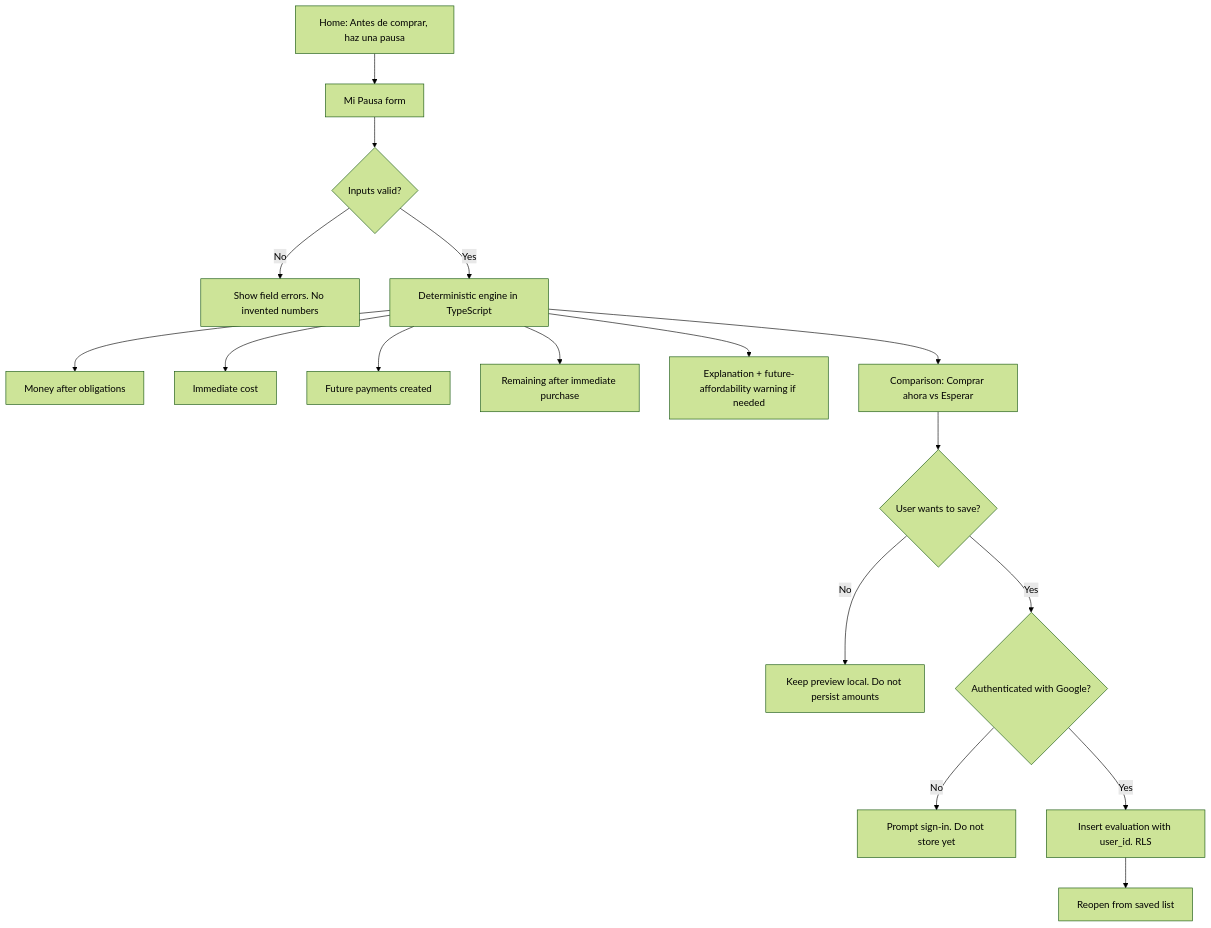
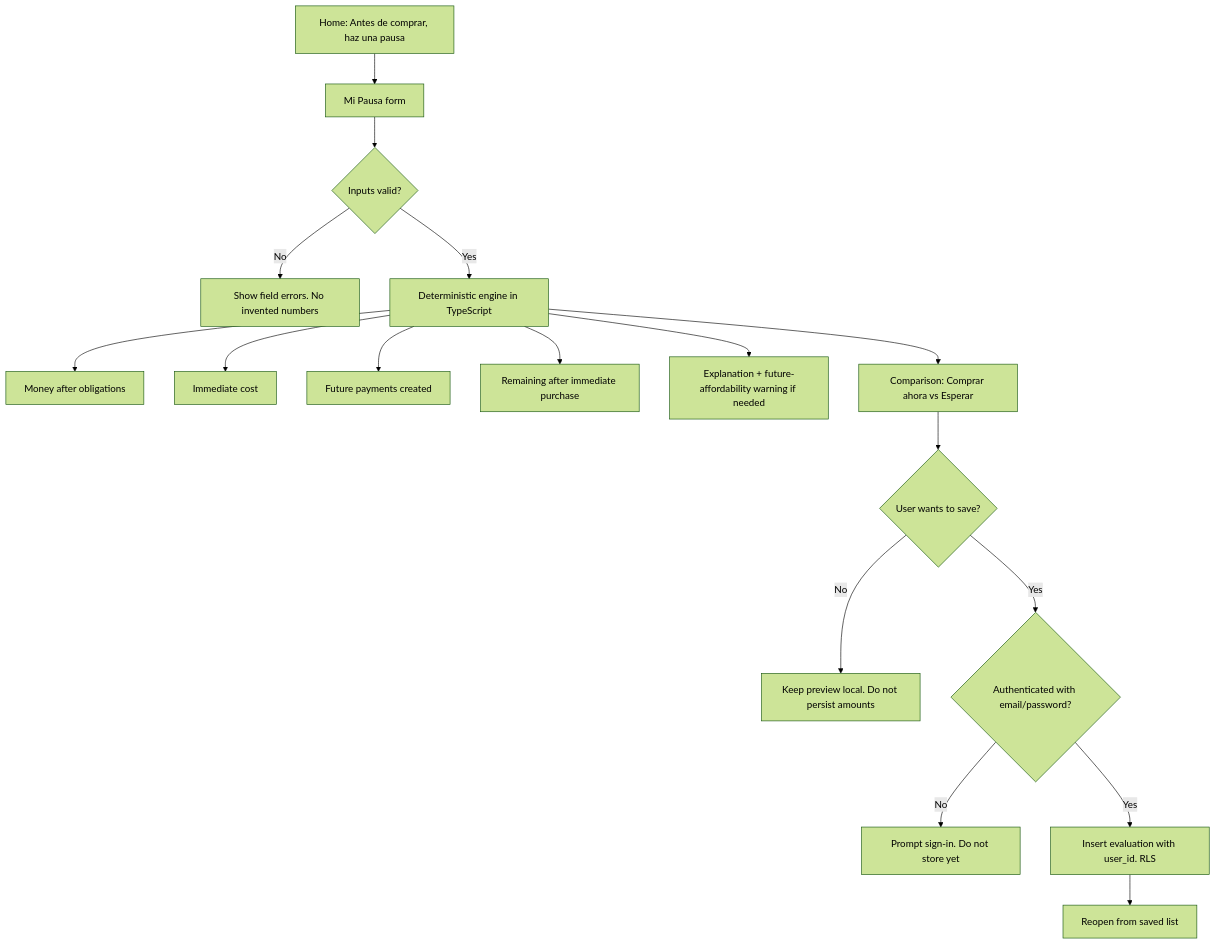
Before and after one commit to miguelbbuilds-gif/pausa-mx-week12: the first of 2 diagrams in docs/PACKET.md, drawn with Mermaid (forest theme). The commit also changed other lines of this file and 32 other files, not shown here.

First line of the commit message:
Replace Google OAuth with email/password Auth while keeping RLS.

````diff
--- a/docs/PACKET.md
+++ b/docs/PACKET.md
@@ -52,19 +52,19 @@
 ```mermaid
 flowchart TD
   A[Home: Antes de comprar, haz una pausa] --> B[Mi Pausa form]
   B --> C{Inputs valid?}
   C -->|No| D[Show field errors. No invented numbers]
   C -->|Yes| E[Deterministic engine in TypeScript]
   E --> F[Money after obligations]
   E --> G[Immediate cost]
   E --> H[Future payments created]
   E --> I[Remaining after immediate purchase]
   E --> J[Explanation + future-affordability warning if needed]
   E --> K[Comparison: Comprar ahora vs Esperar]
   K --> L{User wants to save?}
   L -->|No| M[Keep preview local. Do not persist amounts]
-  L -->|Yes| N{Authenticated with Google?}
+  L -->|Yes| N{Authenticated with email/password?}
   N -->|No| O[Prompt sign-in. Do not store yet]
   N -->|Yes| P[Insert evaluation with user_id. RLS]
   P --> Q[Reopen from saved list]
 ```
````
